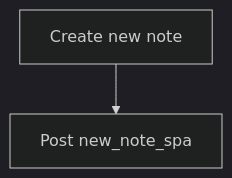
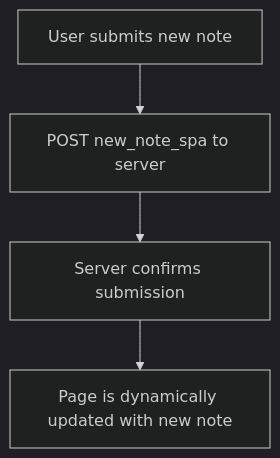
One commit to GSCoder1/FullStackCourse changed the third of 3 diagrams in part0/part0_exercises.md. Above: the diagram before and after it, drawn with Mermaid (dark theme). The commit also changed other lines of this file, not shown here.

````diff
--- a/part0/part0_exercises.md
+++ b/part0/part0_exercises.md
@@ -19,4 +23,6 @@
 ```mermaid
 graph TD
-    A[Create new note] --> B[Post new_note_spa]
+    A[User submits new note] --> B[POST new_note_spa to server]
+    B --> C[Server confirms submission]
+    C --> D[Page is dynamically updated with new note]
 ```
````
